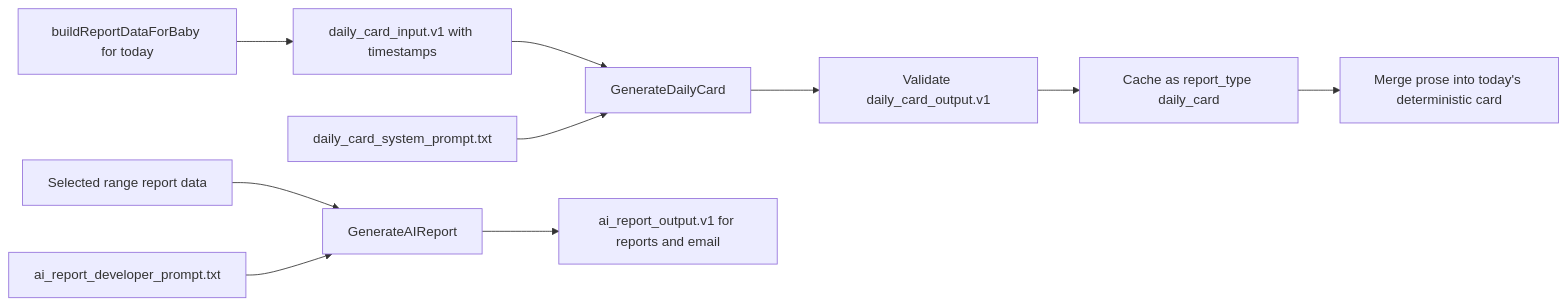
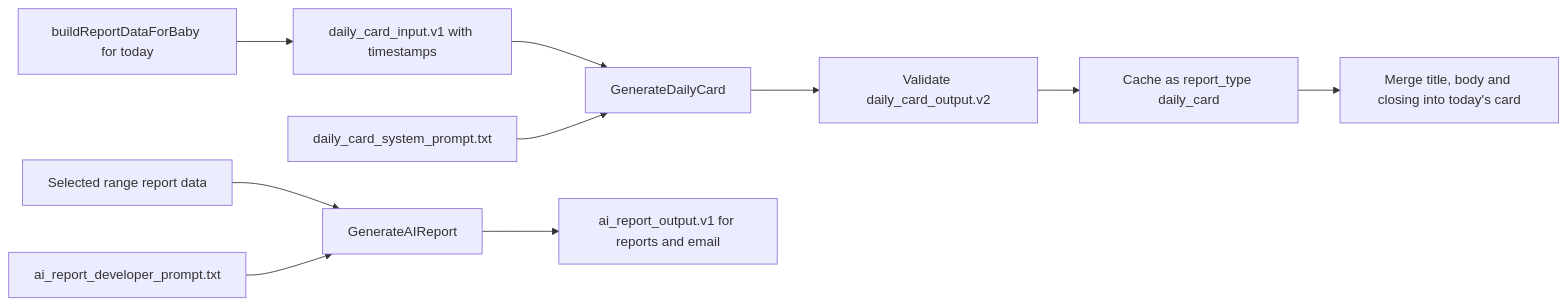
Before and after one commit to andreistefanciprian/yauli: the diagram in docs/decisions/0002-ai-daily-report-card.md, drawn with Mermaid. The commit also changed other lines of this file and 21 other files, not shown here.

First line of the commit message:
Compact daily report card

````diff
--- a/docs/decisions/0002-ai-daily-report-card.md
+++ b/docs/decisions/0002-ai-daily-report-card.md
@@ -45,13 +45,13 @@
 ```mermaid
 flowchart LR
     A["buildReportDataForBaby for today"] --> B["daily_card_input.v1 with timestamps"]
     B --> C["GenerateDailyCard"]
     P["daily_card_system_prompt.txt"] --> C
-    C --> D["Validate daily_card_output.v1"]
+    C --> D["Validate daily_card_output.v2"]
     D --> E["Cache as report_type daily_card"]
-    E --> F["Merge prose into today's deterministic card"]
+    E --> F["Merge title, body and closing into today's card"]
 
     G["Selected range report data"] --> H["GenerateAIReport"]
     Q["ai_report_developer_prompt.txt"] --> H
     H --> I["ai_report_output.v1 for reports and email"]
 ```
````
